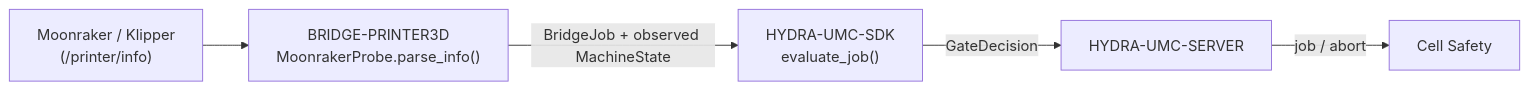
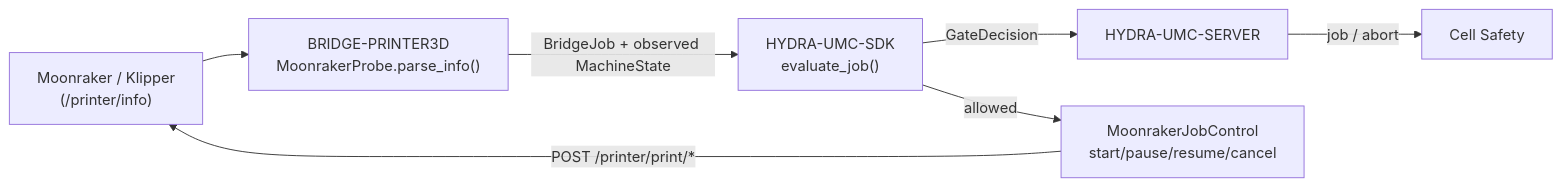
The diagram in README.md (JuanenRac/HYDRA-UMC-BRIDGE-PRINTER3D), drawn with Mermaid before and after one commit. The commit also changed other lines of this file and 7 other files, not shown here.

First line of the commit message:
feat: real, SDK-gated Moonraker job commands - start/pause/resume/cancel

````diff
--- a/README.md
+++ b/README.md
@@ -44,7 +45,9 @@
 ```mermaid
 flowchart LR
     PRINTER["Moonraker / Klipper<br/>(/printer/info)"] --> BRIDGE["BRIDGE-PRINTER3D<br/>MoonrakerProbe.parse_info()"]
     BRIDGE -- "BridgeJob + observed MachineState" --> SDK["HYDRA-UMC-SDK<br/>evaluate_job()"]
     SDK -- GateDecision --> SERVER["HYDRA-UMC-SERVER"]
     SERVER -- "job / abort" --> CELL["Cell Safety"]
+    SDK -- "allowed" --> JOBCTRL["MoonrakerJobControl<br/>start/pause/resume/cancel"]
+    JOBCTRL -- "POST /printer/print/*" --> PRINTER
 ```
````
